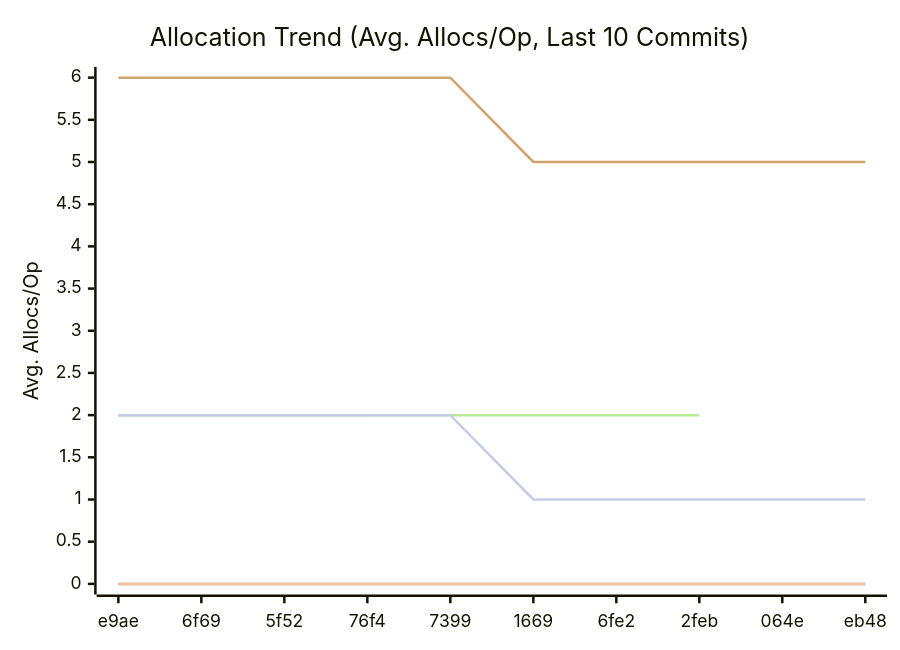
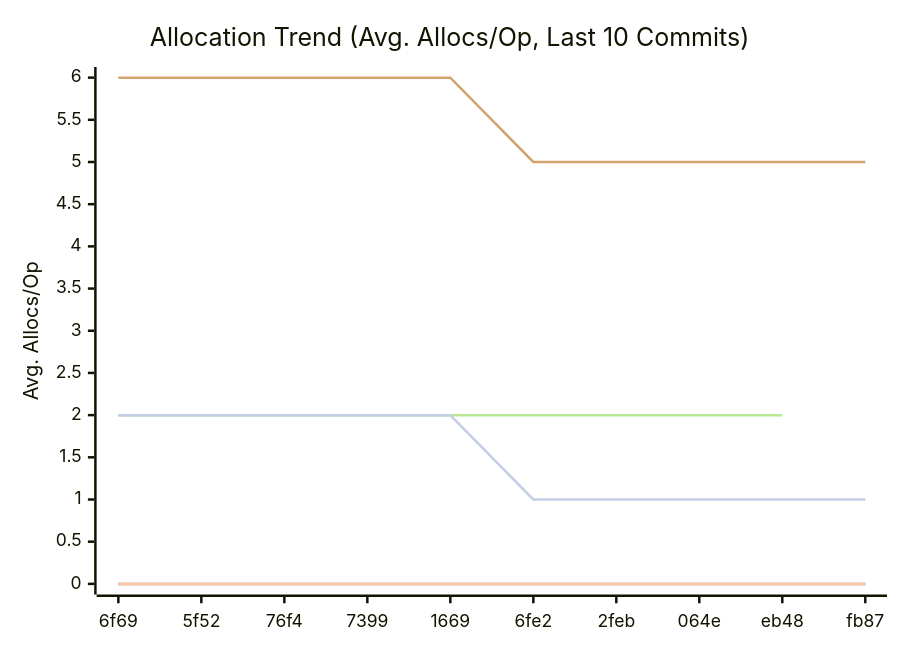
The third of 3 diagrams in doc/README.md (alsotoes/momo), drawn with Mermaid before and after one commit. The commit also changed other lines of this file and 1 other file, not shown here.

````diff
--- a/doc/README.md
+++ b/doc/README.md
@@ -326,14 +326,14 @@
 ```mermaid
 xychart-beta
     title "Allocation Trend (Avg. Allocs/Op, Last 10 Commits)"
     x-axis "Commit"
     y-axis "Avg. Allocs/Op"
-    x-axis [e9ae,6f69,5f52,76f4,7399,1669,6fe2,2feb,064e,eb48]
+    x-axis [6f69,5f52,76f4,7399,1669,6fe2,2feb,064e,eb48,fb87]
     line "CheckMetricsAndSwap" [0,0,0,0,0,0,0,0,0,0]
     line "IndexDirectTracking" [0,0,0,0,0,0,0,0,0,0]
     line "IndexSearch" [0,0,0,0,0,0,0,0,0,0]
-    line "LoadGlobalConfig" [2,2,2,2]
-    line "PadString" [2,2,2,2,2,2,2,2]
+    line "LoadGlobalConfig" [2,2,2,2,2]
+    line "PadString" [2,2,2,2,2,2,2,2,2]
     line "ParseReplicationOrder_NoPrealloc" [6,6,6,6,6,5,5,5,5,5]
     line "ParseReplicationOrder_Prealloc" [2,2,2,2,2,1,1,1,1,1]
 ```
````
